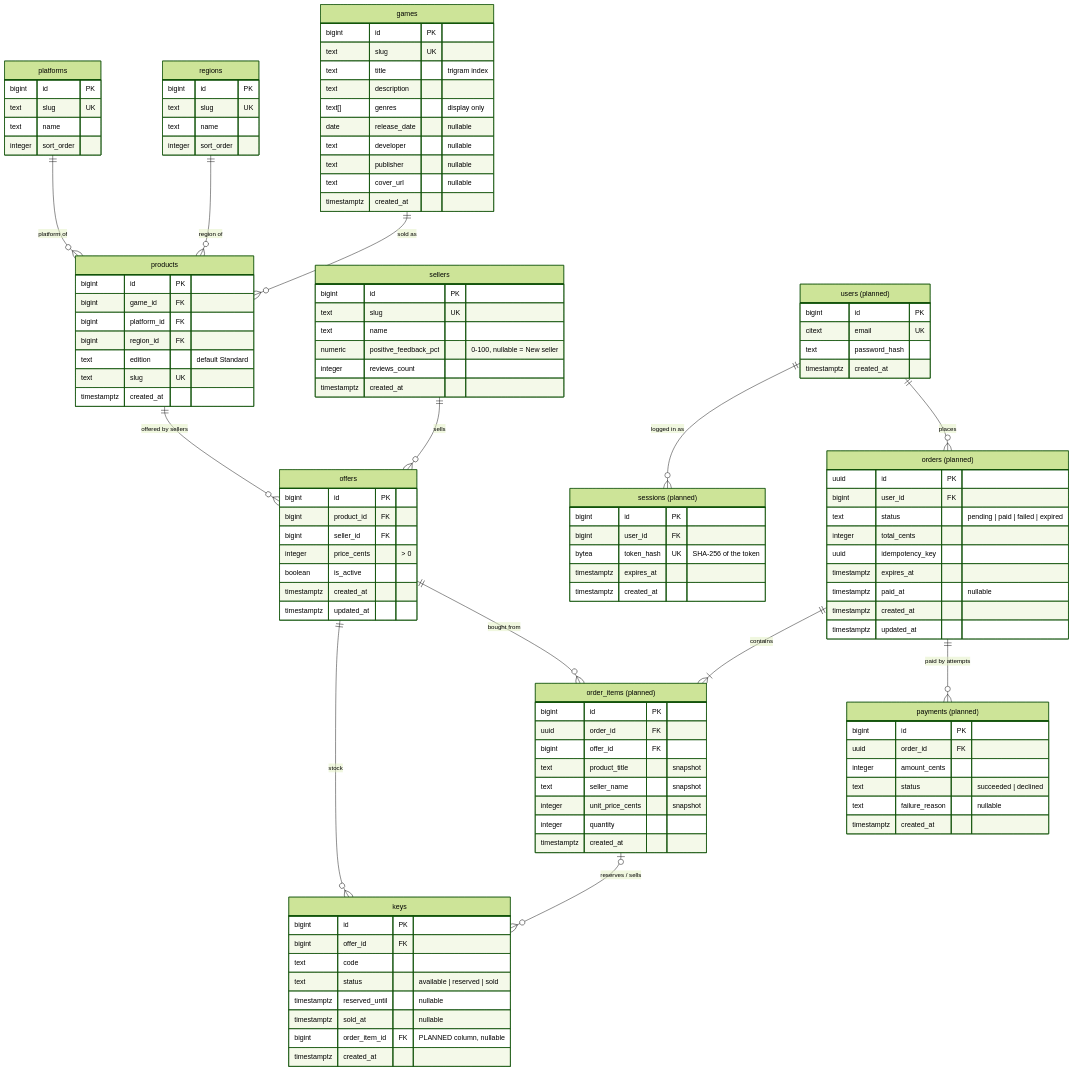
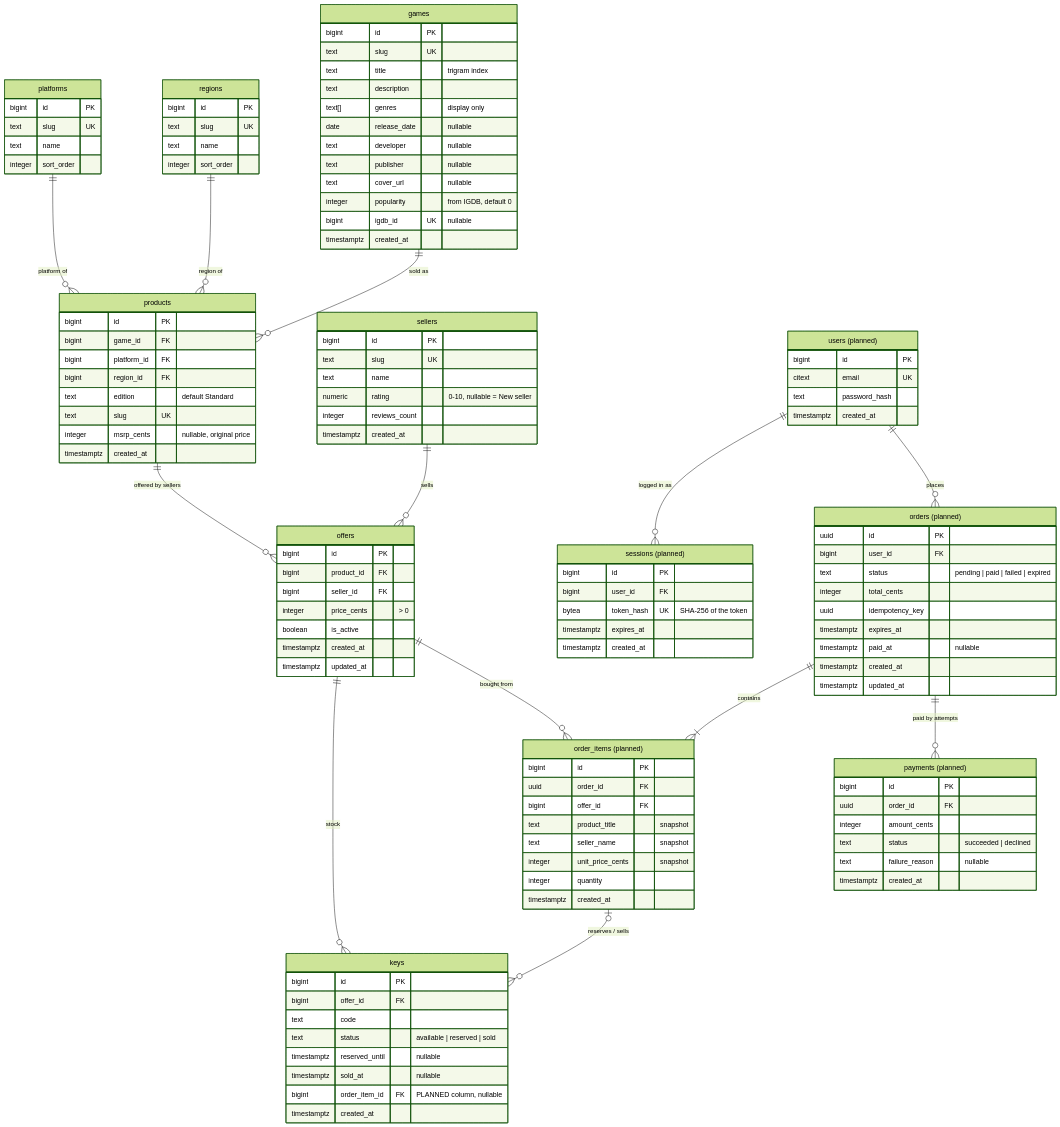
The first of 3 diagrams in docs/DATA_MODEL.md (dovydas472/ENEBA-homework), drawn with Mermaid (forest theme) before and after one commit. The commit also changed other lines of this file, not shown here.

Commit message:
DATA_MODEL: seller rating + tier thresholds, MSRP/discount, popularity/igdb_id, mock payments without card data

```diff
--- a/docs/DATA_MODEL.md
+++ b/docs/DATA_MODEL.md
@@ -49,6 +49,8 @@
         text developer "nullable"
         text publisher "nullable"
         text cover_url "nullable"
+        integer popularity "from IGDB, default 0"
+        bigint igdb_id UK "nullable"
         timestamptz created_at
     }
     products {
@@ -58,13 +60,14 @@
         bigint region_id FK
         text edition "default Standard"
         text slug UK
+        integer msrp_cents "nullable, original price"
         timestamptz created_at
     }
     sellers {
         bigint id PK
         text slug UK
         text name
-        numeric positive_feedback_pct "0-100, nullable = New seller"
+        numeric rating "0-10, nullable = New seller"
         integer reviews_count
         timestamptz created_at
     }
```
